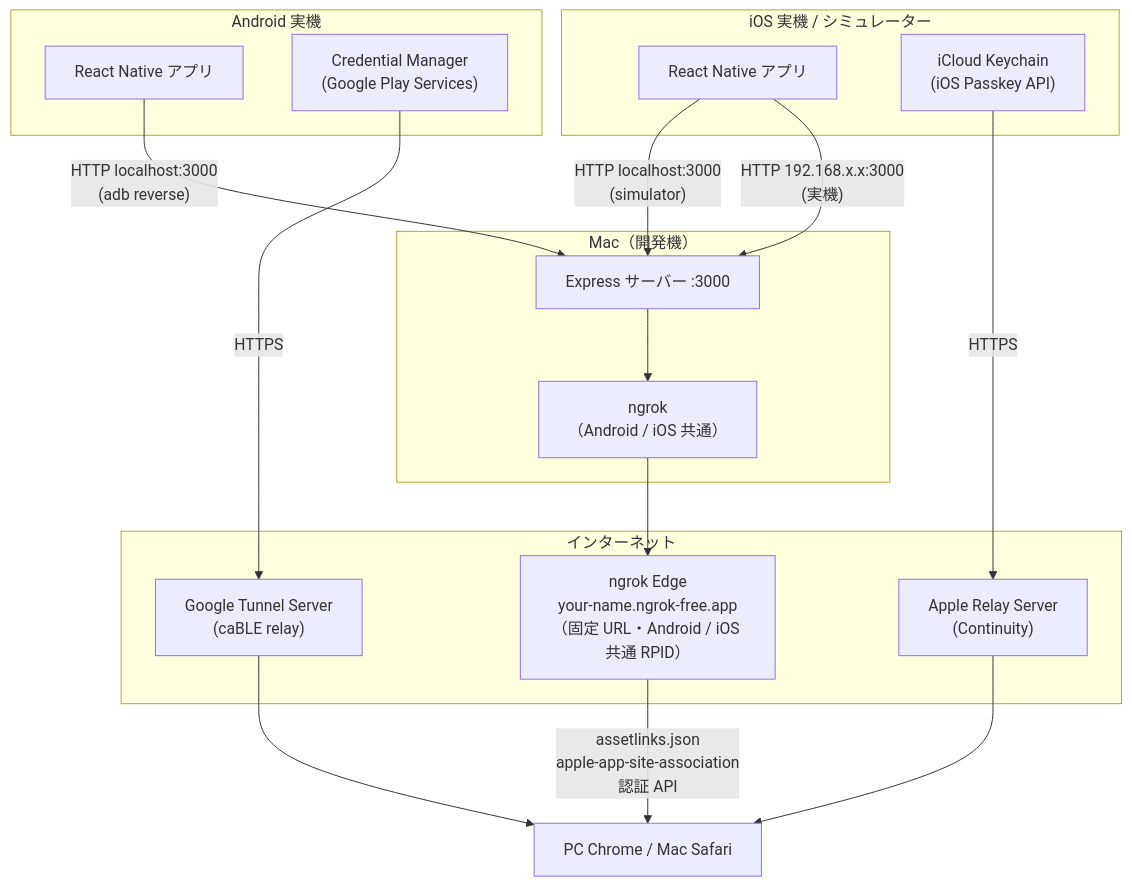
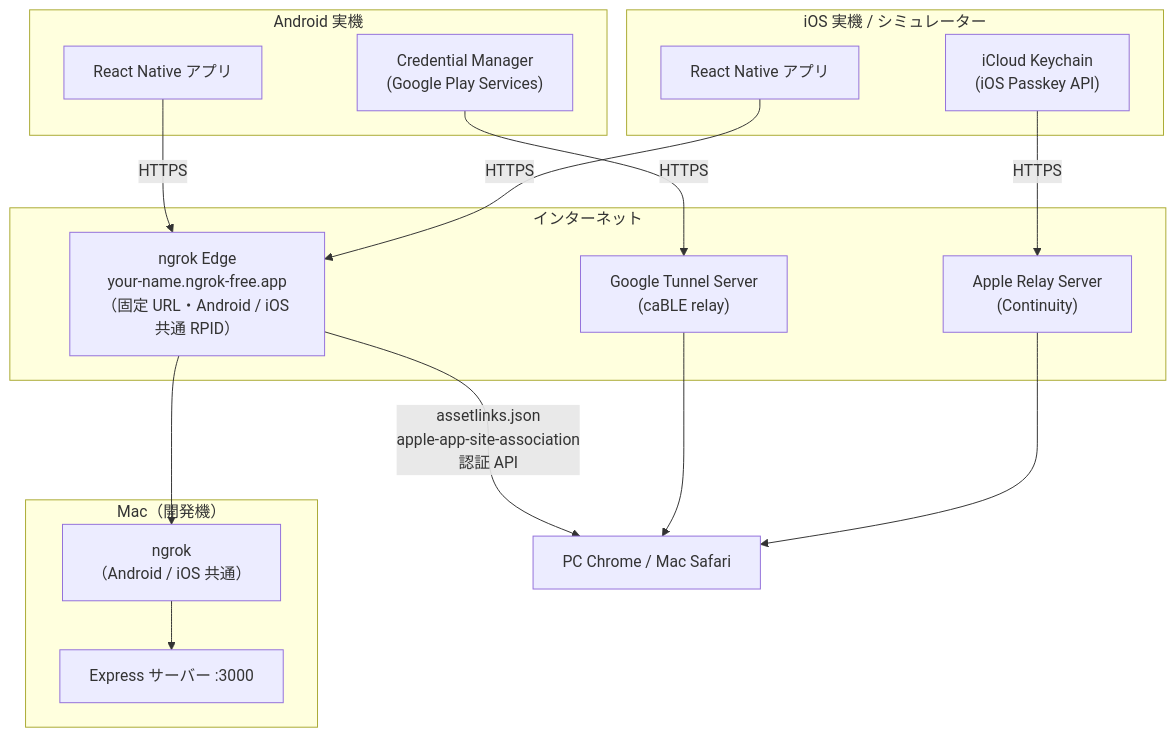
The first of 6 diagrams in README.md (taka1226s/passkey-poc), drawn with Mermaid before and after one commit. The commit also changed other lines of this file, not shown here.

````diff
--- a/README.md
+++ b/README.md
@@ -204,33 +203,32 @@
 ```mermaid
 graph TB
     subgraph Android["Android 実機"]
         AppA["React Native アプリ"]
         CMA["Credential Manager<br/>(Google Play Services)"]
     end
 
     subgraph iOS["iOS 実機 / シミュレーター"]
         AppI["React Native アプリ"]
         CMI["iCloud Keychain<br/>(iOS Passkey API)"]
     end
 
     subgraph Mac["Mac（開発機）"]
         Server["Express サーバー :3000"]
         NG["ngrok<br/>（Android / iOS 共通）"]
     end
 
     subgraph Internet["インターネット"]
         NGEdge["ngrok Edge<br/>your-name.ngrok-free.app<br/>（固定 URL・Android / iOS 共通 RPID）"]
         GTS["Google Tunnel Server<br/>(caBLE relay)"]
         ATS["Apple Relay Server<br/>(Continuity)"]
     end
 
     Browser["PC Chrome / Mac Safari"]
 
-    AppA -- "HTTP localhost:3000<br/>(adb reverse)" --> Server
-    AppI -- "HTTP localhost:3000<br/>(simulator)" --> Server
-    AppI -- "HTTP 192.168.x.x:3000<br/>(実機)" --> Server
-    Server --> NG --> NGEdge
+    AppA -- "HTTPS" --> NGEdge
+    AppI -- "HTTPS" --> NGEdge
+    NGEdge --> NG --> Server
     NGEdge -- "assetlinks.json<br/>apple-app-site-association<br/>認証 API" --> Browser
     CMA -- "HTTPS" --> GTS --> Browser
     CMI -- "HTTPS" --> ATS --> Browser
 ```
````
